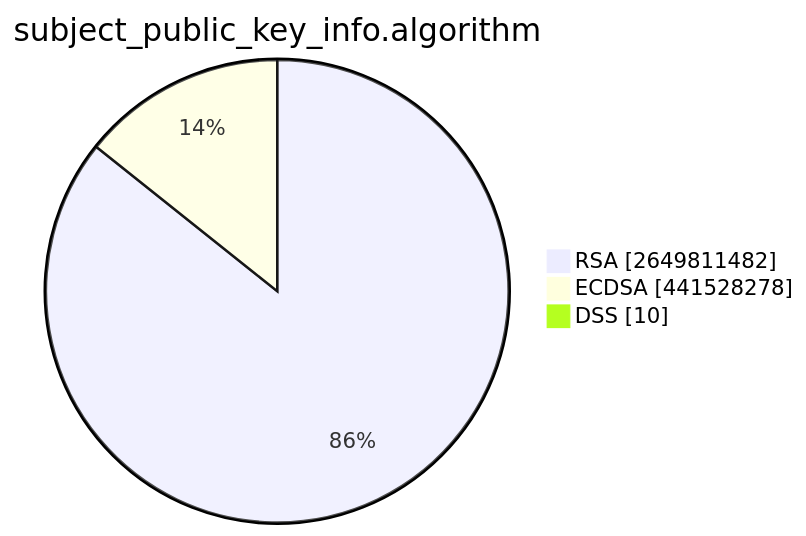
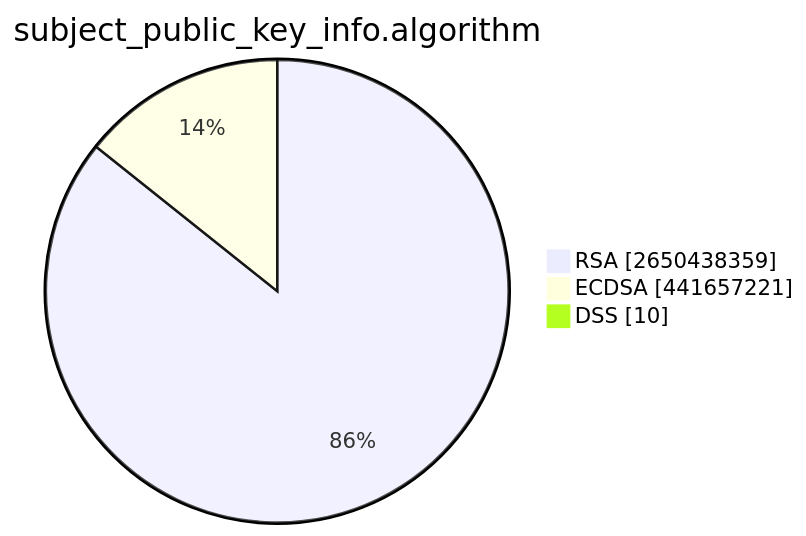
The second of 15 diagrams in TOTAL/README.md (christiankrug/ctmonitor_visualization), drawn with Mermaid before and after one commit. The commit also changed other lines of this file, not shown here.

````diff
--- a/TOTAL/README.md
+++ b/TOTAL/README.md
@@ -6,7 +6,7 @@
 ```mermaid
 pie showData
 title subject_public_key_info.algorithm
-"RSA" :2649811482
-"ECDSA" :441528278
+"RSA" :2650438359
+"ECDSA" :441657221
 "DSS" :10
 ```
````
